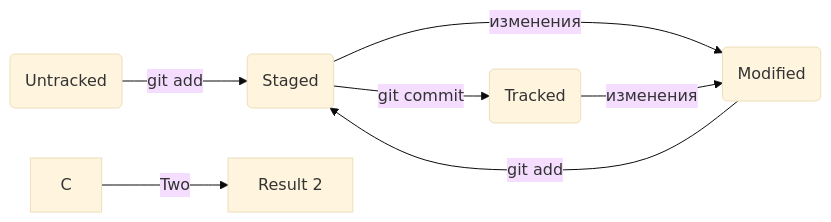
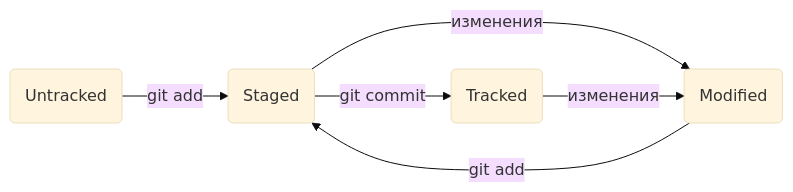
Before and after one commit to IgnatyKhramtsov/project_in_the_world: the diagram in README.md, drawn with Mermaid (base theme). The commit also changed other lines of this file, not shown here.

Commit message:
Добавить схему статусов файлов в README

````diff
--- a/README.md
+++ b/README.md
@@ -19,10 +19,9 @@
 ```mermaid
 flowchart LR
 
 U(Untracked) -->|git add| S(Staged)
 M(Modified) -->|git add| S
 S -->|изменения| M
 S -->|git commit| T(Tracked)
 T -->|изменения| M
-C -->|Two| E[Result 2]
 ```
````
